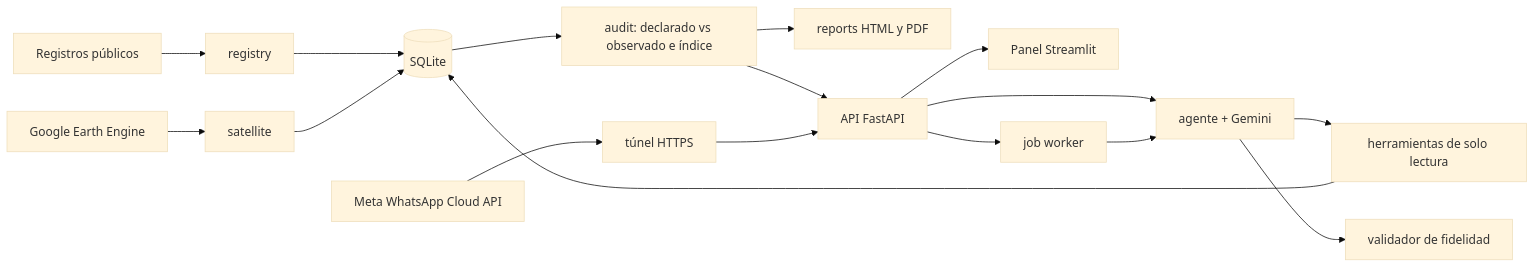
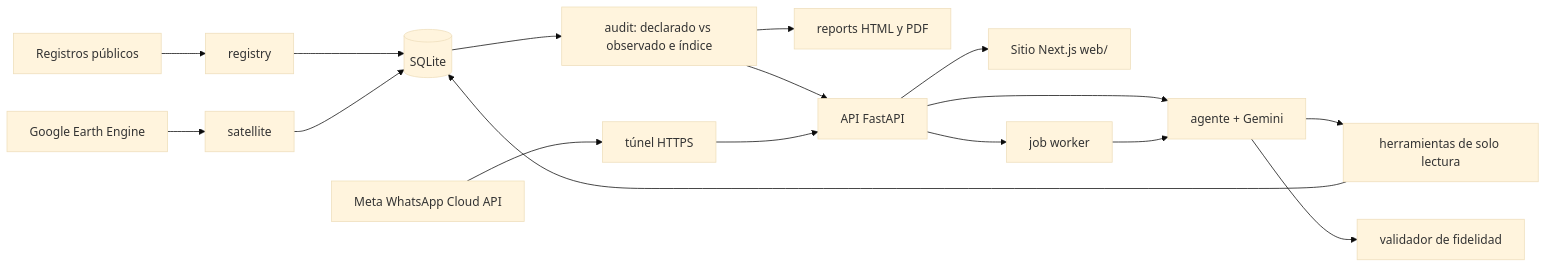
One commit to MateoBermudez/bosque-vivo changed the diagram in docs/architecture/arquitectura.md. Above: the diagram before and after it, drawn with Mermaid (base theme). The commit also changed other lines of this file and 7 other files, not shown here.

First line of the commit message:
docs: add ADR 0013 (Next.js frontend) and document web/

````diff
--- a/docs/architecture/arquitectura.md
+++ b/docs/architecture/arquitectura.md
@@ -3,18 +3,18 @@
 ```mermaid
 flowchart LR
     R[Registros públicos] --> REG[registry]
     GEE[Google Earth Engine] --> SAT[satellite]
     REG --> DB[(SQLite)]
     SAT --> DB
     DB --> AUD[audit: declarado vs observado e índice]
     AUD --> REP[reports HTML y PDF]
     AUD --> API[API FastAPI]
     API --> AG[agente + Gemini]
     AG --> TOOLS[herramientas de solo lectura]
     TOOLS --> DB
     AG --> GUARD[validador de fidelidad]
-    API --> PANEL[Panel Streamlit]
+    API --> WEB[Sitio Next.js web/]
     WA[Meta WhatsApp Cloud API] --> TUN[túnel HTTPS] --> API
     API --> JOBS[job worker]
     JOBS --> AG
 ```
````
